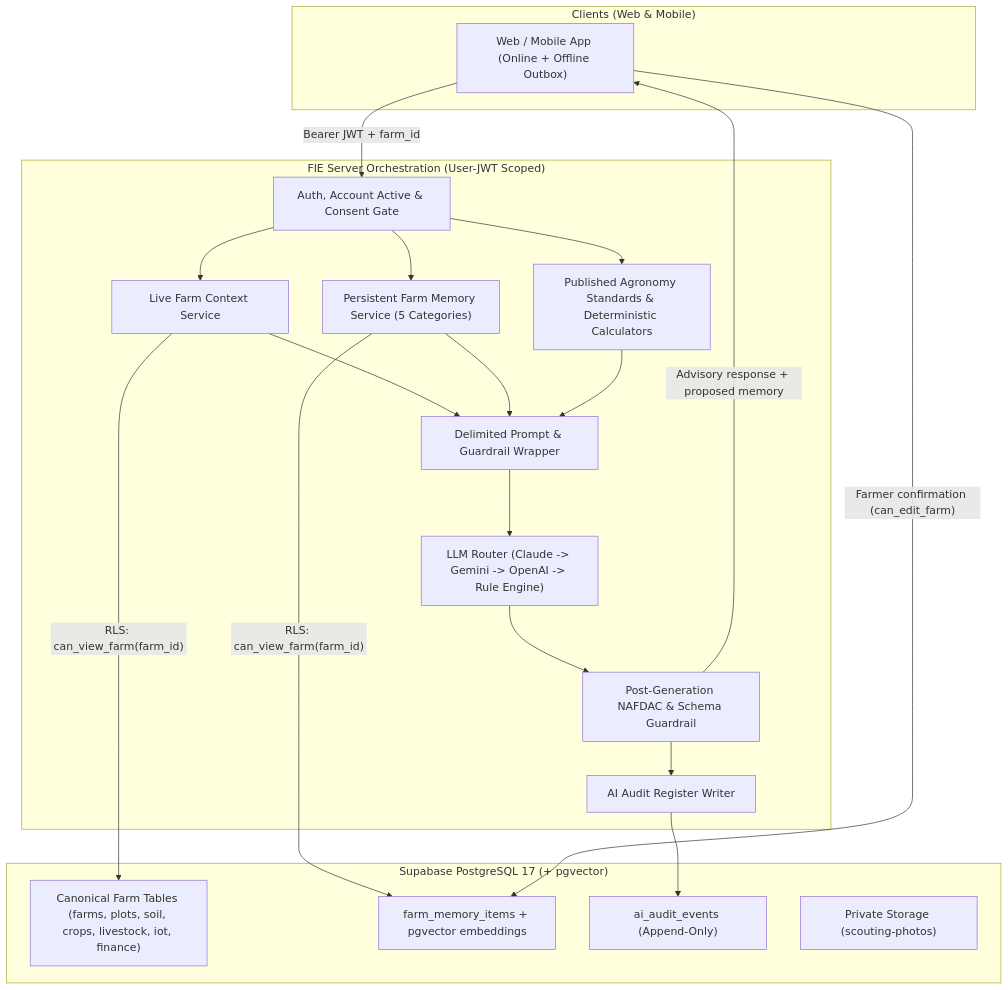
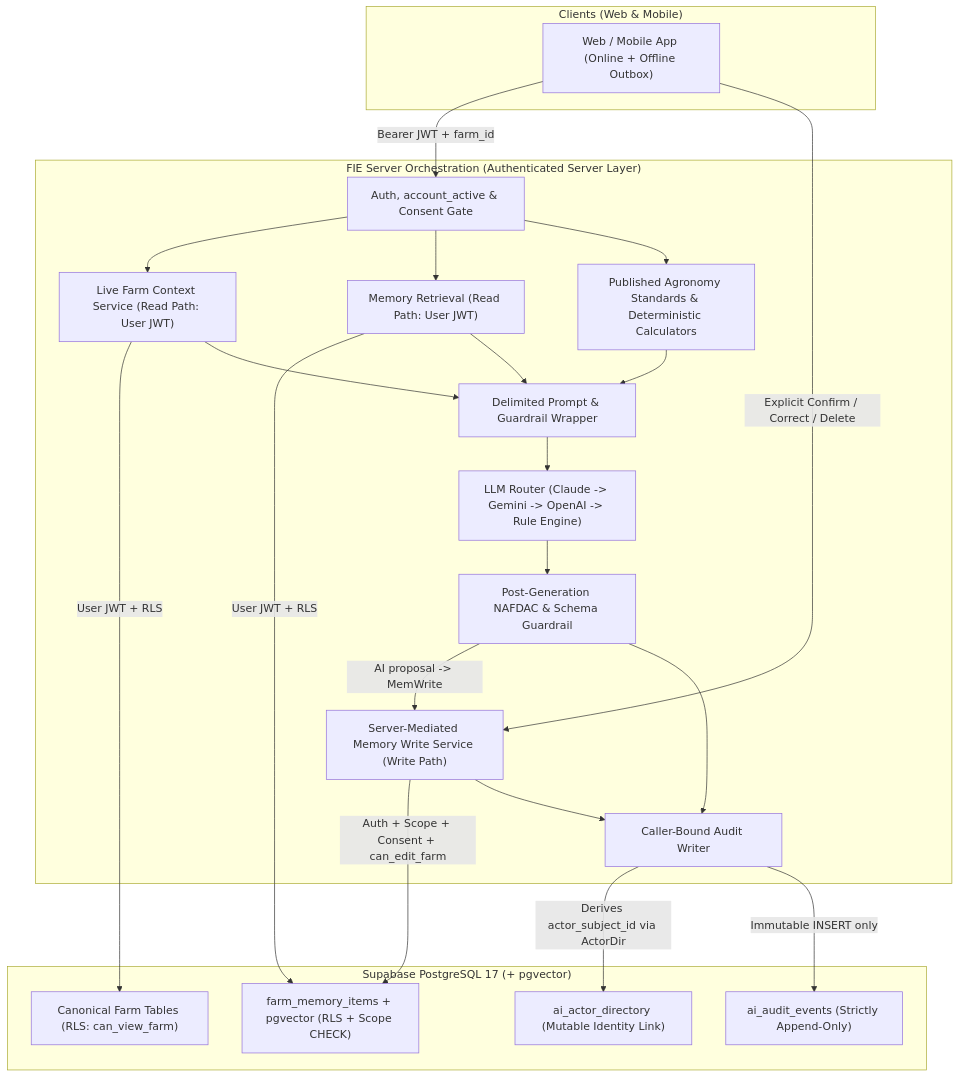
The first of 4 diagrams in docs/architecture/batch-03/BATCH_03_0_TARGET_ARCHITECTURE.md (farmconnect-ux/cultivanode), drawn with Mermaid before and after one commit. The commit also changed other lines of this file and 10 other files, not shown here.

Commit message:
docs(architecture): resolve Batch 03.0 review findings

````diff
--- a/docs/architecture/batch-03/BATCH_03_0_TARGET_ARCHITECTURE.md
+++ b/docs/architecture/batch-03/BATCH_03_0_TARGET_ARCHITECTURE.md
@@ -10,40 +12,44 @@
 ```mermaid
 flowchart TB
   subgraph Clients["Clients (Web & Mobile)"]
     UI["Web / Mobile App (Online + Offline Outbox)"]
   end
 
-  subgraph EdgeOrch["FIE Server Orchestration (User-JWT Scoped)"]
-    AuthGate["Auth, Account Active & Consent Gate"]
-    CtxSvc["Live Farm Context Service"]
-    MemSvc["Persistent Farm Memory Service (5 Categories)"]
+  subgraph EdgeOrch["FIE Server Orchestration (Authenticated Server Layer)"]
+    AuthGate["Auth, account_active & Consent Gate"]
+    CtxSvc["Live Farm Context Service (Read Path: User JWT)"]
+    MemRead["Memory Retrieval (Read Path: User JWT)"]
+    MemWrite["Server-Mediated Memory Write Service (Write Path)"]
     AgronRAG["Published Agronomy Standards & Deterministic Calculators"]
     PromptAsm["Delimited Prompt & Guardrail Wrapper"]
     LLMRouter["LLM Router (Claude -> Gemini -> OpenAI -> Rule Engine)"]
     SafetyChk["Post-Generation NAFDAC & Schema Guardrail"]
-    AuditWriter["AI Audit Register Writer"]
+    AuditWriter["Caller-Bound Audit Writer"]
   end
 
   subgraph Supabase["Supabase PostgreSQL 17 (+ pgvector)"]
-    FarmDB["Canonical Farm Tables (farms, plots, soil, crops, livestock, iot, finance)"]
-    MemDB["farm_memory_items + pgvector embeddings"]
-    AuditDB["ai_audit_events (Append-Only)"]
-    PrivStorage["Private Storage (scouting-photos)"]
+    FarmDB["Canonical Farm Tables (RLS: can_view_farm)"]
+    MemDB["farm_memory_items + pgvector (RLS + Scope CHECK)"]
+    ActorDir["ai_actor_directory (Mutable Identity Link)"]
+    AuditDB["ai_audit_events (Strictly Append-Only)"]
   end
 
   UI -->|"Bearer JWT + farm_id"| AuthGate
   AuthGate --> CtxSvc
-  AuthGate --> MemSvc
-  CtxSvc -->|"RLS: can_view_farm(farm_id)"| FarmDB
-  MemSvc -->|"RLS: can_view_farm(farm_id)"| MemDB
+  AuthGate --> MemRead
+  CtxSvc -->|"User JWT + RLS"| FarmDB
+  MemRead -->|"User JWT + RLS"| MemDB
   AuthGate --> AgronRAG
   CtxSvc --> PromptAsm
-  MemSvc --> PromptAsm
+  MemRead --> PromptAsm
   AgronRAG --> PromptAsm
   PromptAsm --> LLMRouter
   LLMRouter --> SafetyChk
-  SafetyChk -->|"Advisory response + proposed memory"| UI
+  SafetyChk -->|"AI proposal -> MemWrite"| MemWrite
+  UI -->|"Explicit Confirm / Correct / Delete"| MemWrite
+  MemWrite -->|"Auth + Scope + Consent + can_edit_farm"| MemDB
   SafetyChk --> AuditWriter
-  AuditWriter --> AuditDB
-  UI -->|"Farmer confirmation (can_edit_farm)"| MemDB
+  MemWrite --> AuditWriter
+  AuditWriter -->|"Derives actor_subject_id via ActorDir"| ActorDir
+  AuditWriter -->|"Immutable INSERT only"| AuditDB
 ```
````
